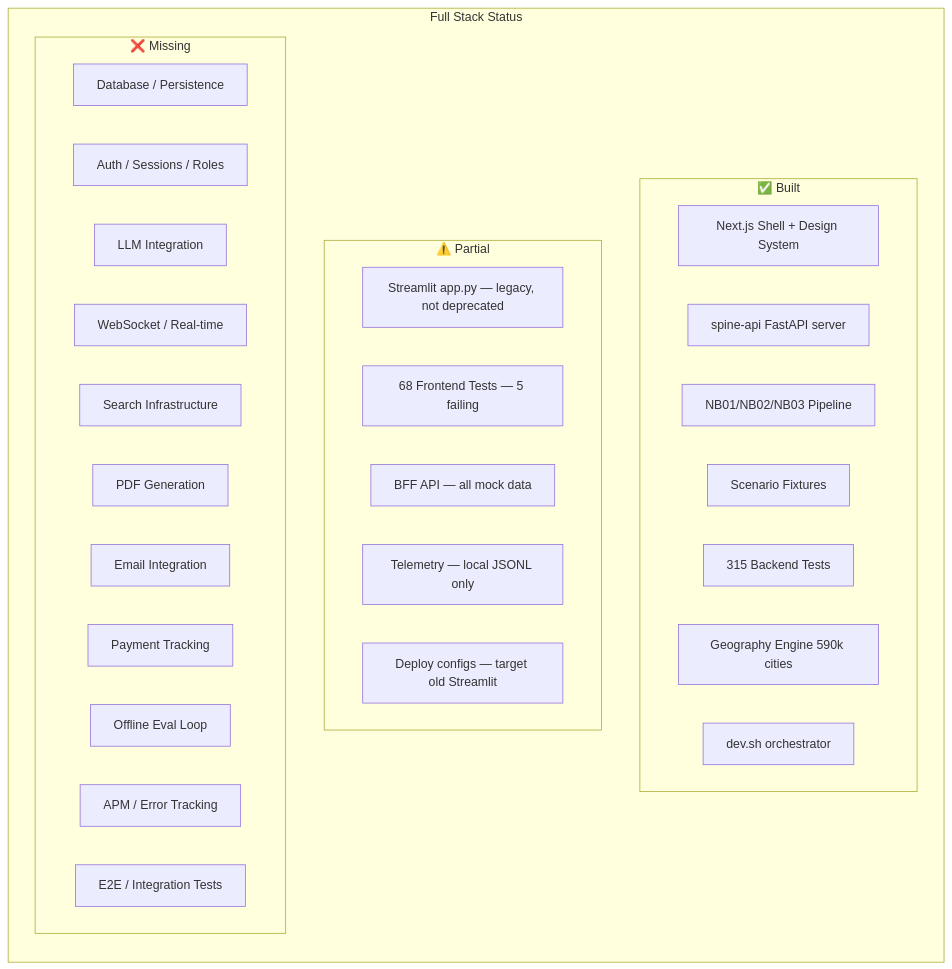
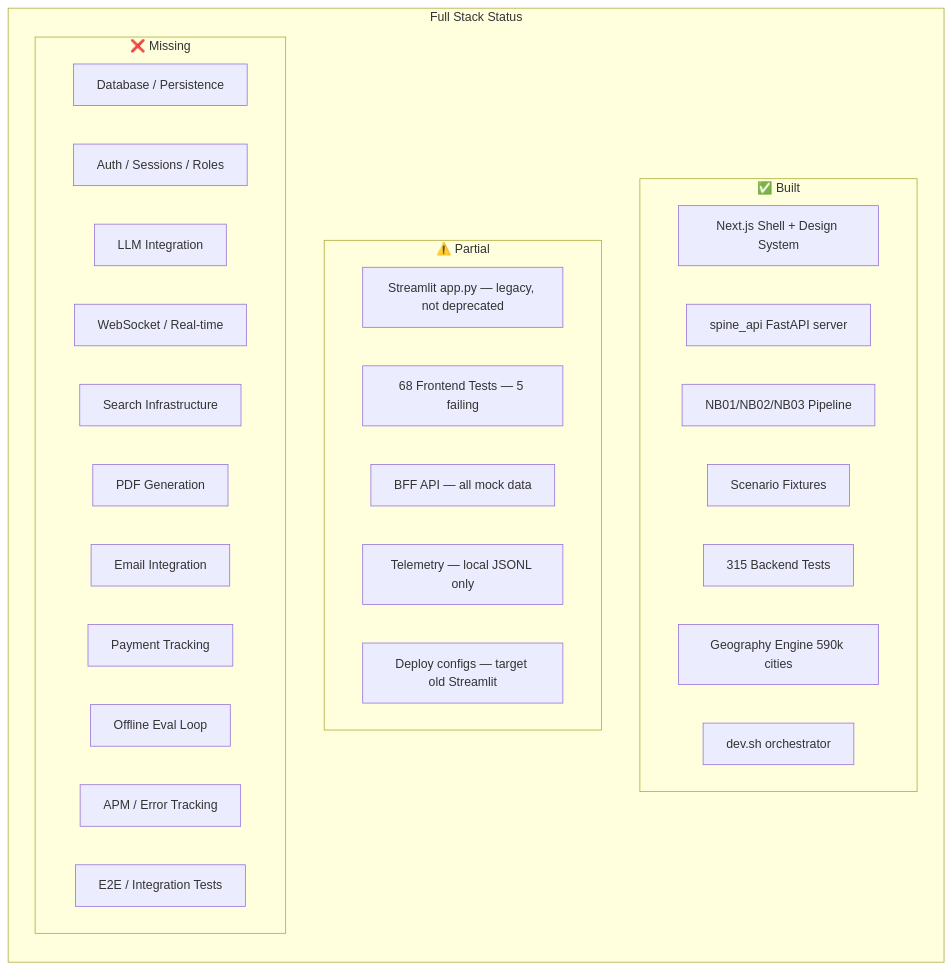
Before and after one commit to pranaysuyash/waypoint-os: the fourth of 5 diagrams in Docs/PERSONA_PROCESS_GAP_ANALYSIS_2026-04-16.md, drawn with Mermaid. The commit also changed other lines of this file and 173 other files, not shown here.

First line of the commit message:
fix: rename spine-api → spine_api, remove symlink, update 145+ file references

````diff
--- a/Docs/PERSONA_PROCESS_GAP_ANALYSIS_2026-04-16.md
+++ b/Docs/PERSONA_PROCESS_GAP_ANALYSIS_2026-04-16.md
@@ -537,38 +537,38 @@
 ```mermaid
 flowchart TB
     subgraph STACK["Full Stack Status"]
         direction TB
         
         subgraph BUILT_STACK["✅ Built"]
             FE_SHELL["Next.js Shell + Design System"]
-            SPINE_API["spine-api FastAPI server"]
+            SPINE_API["spine_api FastAPI server"]
             NB_PIPELINE["NB01/NB02/NB03 Pipeline"]
             FIXTURES["Scenario Fixtures"]
             TESTS_BE["315 Backend Tests"]
             GEO["Geography Engine 590k cities"]
             DEV_SH["dev.sh orchestrator"]
         end
 
         subgraph PARTIAL_STACK["⚠️ Partial"]
             STREAMLIT["Streamlit app.py — legacy, not deprecated"]
             FE_TESTS["68 Frontend Tests — 5 failing"]
             MOCK_API["BFF API — all mock data"]
             TELEMETRY["Telemetry — local JSONL only"]
             DEPLOY_CFG["Deploy configs — target old Streamlit"]
         end
 
         subgraph MISSING_STACK["❌ Missing"]
             DATABASE["Database / Persistence"]
             AUTH_SYS["Auth / Sessions / Roles"]
             LLM["LLM Integration"]
             REALTIME["WebSocket / Real-time"]
             SEARCH["Search Infrastructure"]
             PDF_GEN["PDF Generation"]
             EMAIL_SYS["Email Integration"]
             PAYMENTS["Payment Tracking"]
             EVAL_LOOP["Offline Eval Loop"]
             MONITORING["APM / Error Tracking"]
             E2E_TESTS["E2E / Integration Tests"]
         end
     end
 ```
````
